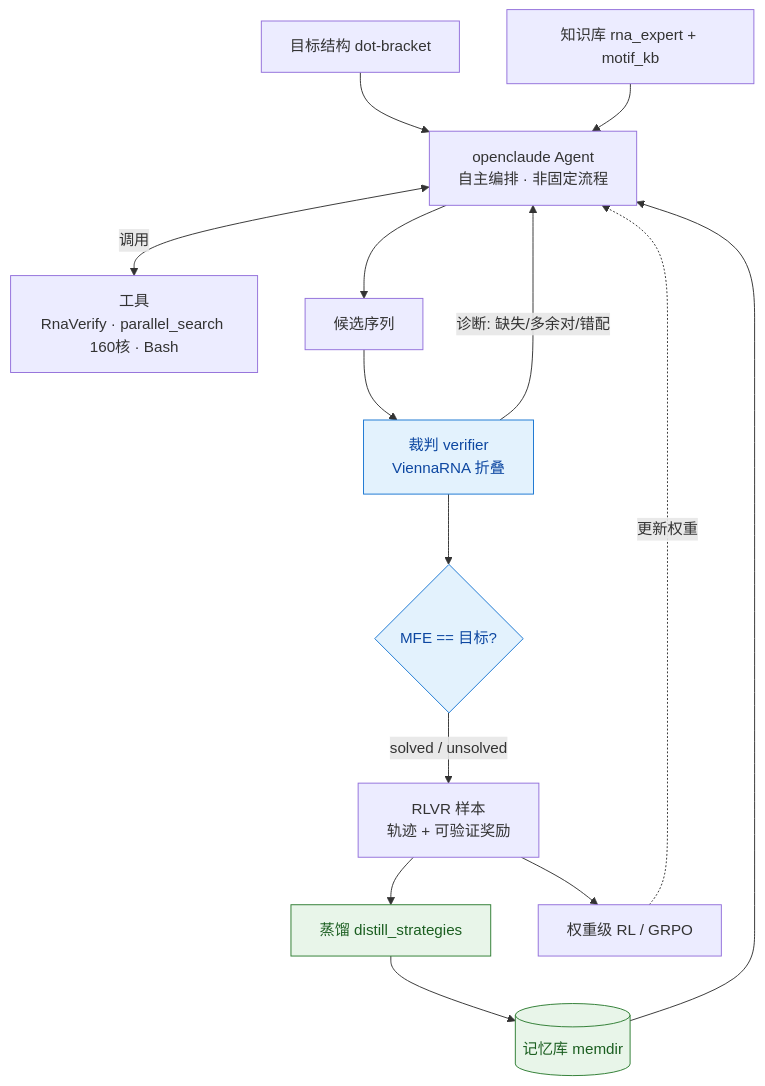
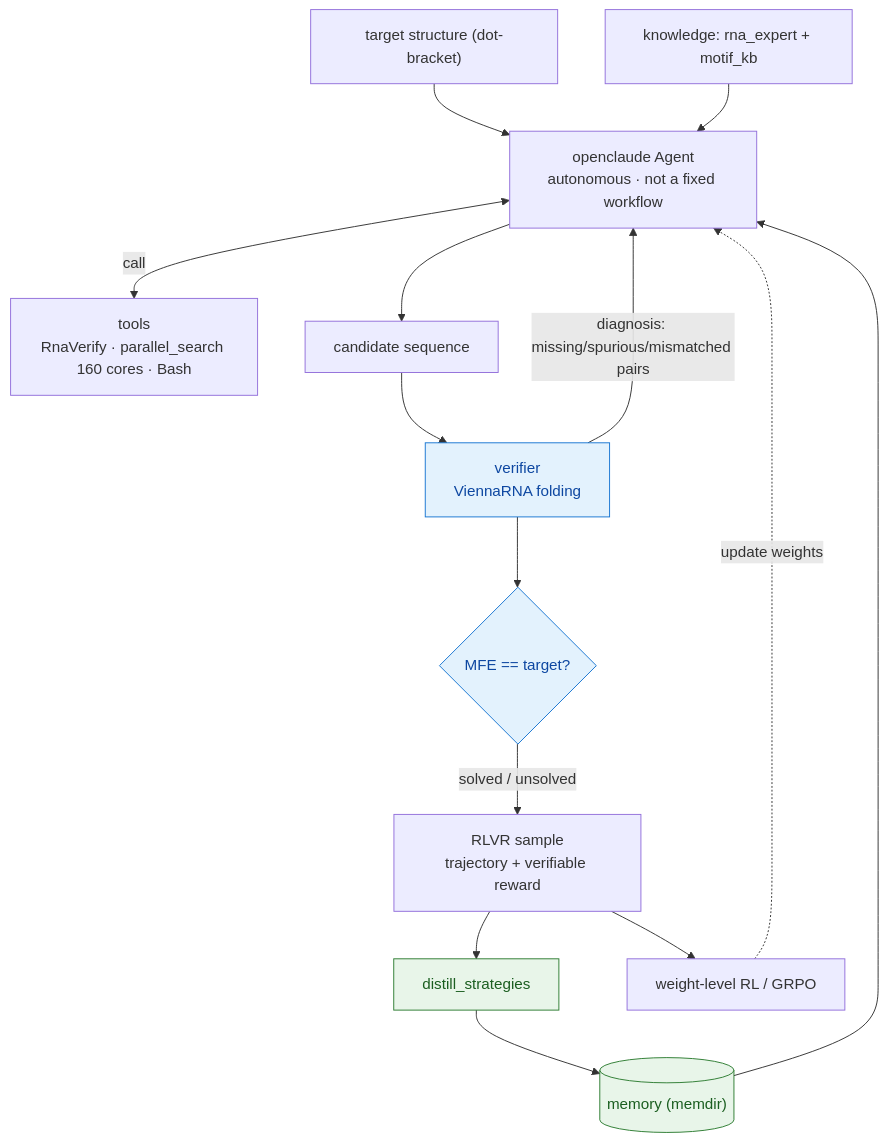
Before and after one commit to wenhui-ml/AI4RNA: the second of 3 diagrams in docs/TECH_REPORT.md, drawn with Mermaid. The commit also changed other lines of this file and 1 other file, not shown here.

````diff
--- a/docs/TECH_REPORT.md
+++ b/docs/TECH_REPORT.md
@@ -36,18 +37,18 @@
 ```mermaid
 flowchart TB
-    AG["openclaude Agent<br/>自主编排 · 非固定流程"]
-    T["目标结构 dot-bracket"] --> AG
-    K["知识库 rna_expert + motif_kb"] --> AG
-    M[("记忆库 memdir")] --> AG
-    AG <-->|"调用"| TOOL["工具<br/>RnaVerify · parallel_search 160核 · Bash"]
-    AG --> SEQ["候选序列"] --> V["裁判 verifier<br/>ViennaRNA 折叠"]
-    V -->|"诊断: 缺失/多余对/错配"| AG
-    V --> Q{"MFE == 目标?"}
-    Q -->|"solved / unsolved"| REC["RLVR 样本<br/>轨迹 + 可验证奖励"]
-    REC --> DIST["蒸馏 distill_strategies"] --> M
-    REC --> RL["权重级 RL / GRPO"] -.->|"更新权重"| AG
+    AG["openclaude Agent<br/>autonomous · not a fixed workflow"]
+    T["target structure (dot-bracket)"] --> AG
+    K["knowledge: rna_expert + motif_kb"] --> AG
+    M[("memory (memdir)")] --> AG
+    AG <-->|"call"| TOOL["tools<br/>RnaVerify · parallel_search 160 cores · Bash"]
+    AG --> SEQ["candidate sequence"] --> V["verifier<br/>ViennaRNA folding"]
+    V -->|"diagnosis: missing/spurious/mismatched pairs"| AG
+    V --> Q{"MFE == target?"}
+    Q -->|"solved / unsolved"| REC["RLVR sample<br/>trajectory + verifiable reward"]
+    REC --> DIST["distill_strategies"] --> M
+    REC --> RL["weight-level RL / GRPO"] -.->|"update weights"| AG
     classDef store fill:#e8f5e9,stroke:#2e7d32,color:#1b5e20;
     classDef judge fill:#e3f2fd,stroke:#1976d2,color:#0d47a1;
     class M,DIST store;
     class V,Q judge;
 ```
````
